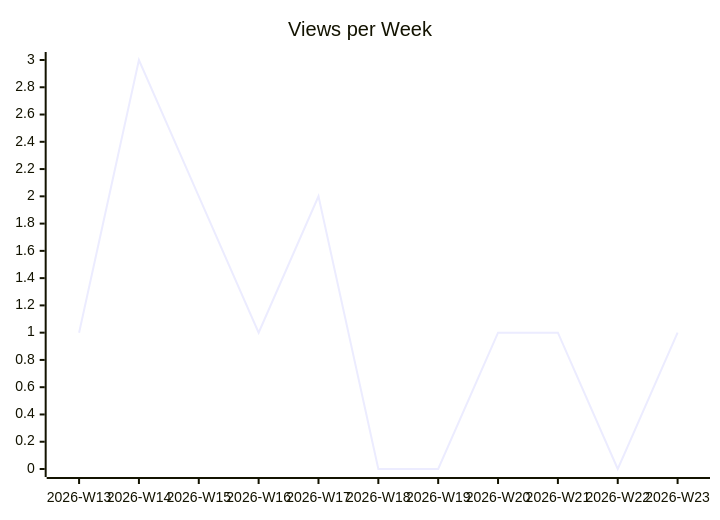
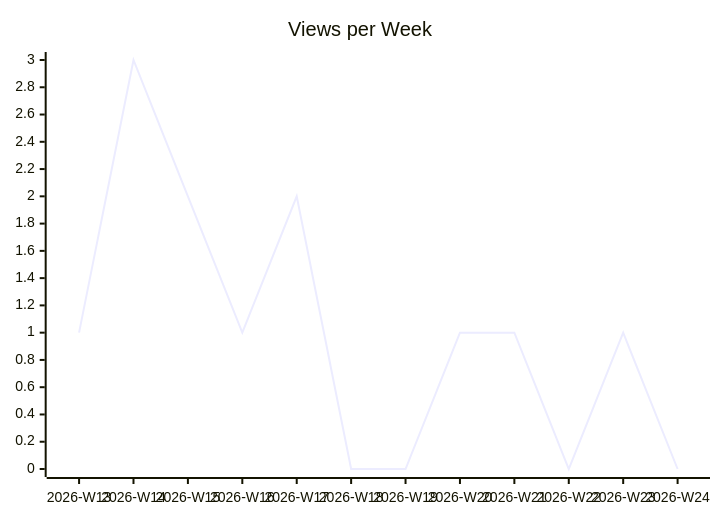
One commit to justdavis-family/github-analytics-data changed the second of 3 diagrams in karlmdavis/fhir-benchmarks/README.md. Above: the diagram before and after it, drawn with Mermaid. The commit also changed other lines of this file and 189 other files, not shown here.

````diff
--- a/karlmdavis/fhir-benchmarks/README.md
+++ b/karlmdavis/fhir-benchmarks/README.md
@@ -12,6 +12,6 @@
 ```mermaid
 xychart-beta
   title "Views per Week"
-  x-axis ["2026-W13", "2026-W14", "2026-W15", "2026-W16", "2026-W17", "2026-W18", "2026-W19", "2026-W20", "2026-W21", "2026-W22", "2026-W23"]
-  line [1, 3, 2, 1, 2, 0, 0, 1, 1, 0, 1]
+  x-axis ["2026-W13", "2026-W14", "2026-W15", "2026-W16", "2026-W17", "2026-W18", "2026-W19", "2026-W20", "2026-W21", "2026-W22", "2026-W23", "2026-W24"]
+  line [1, 3, 2, 1, 2, 0, 0, 1, 1, 0, 1, 0]
 ```
````
